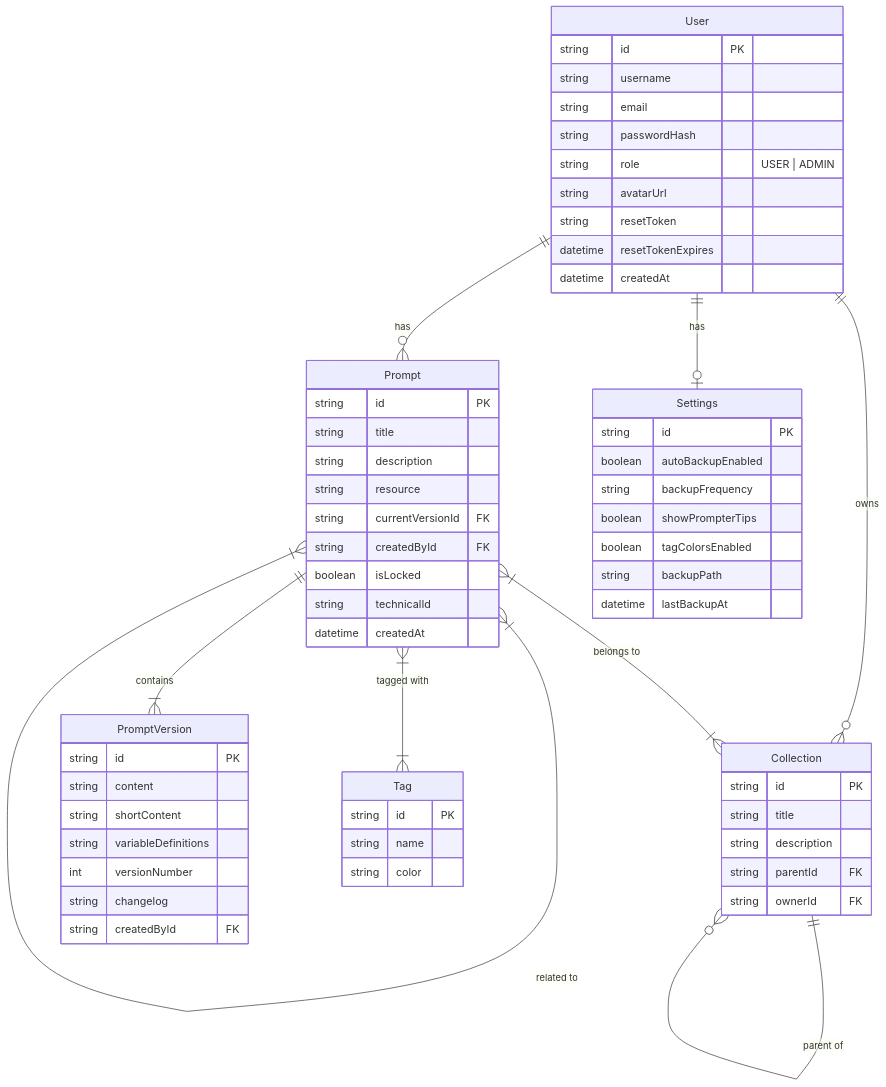
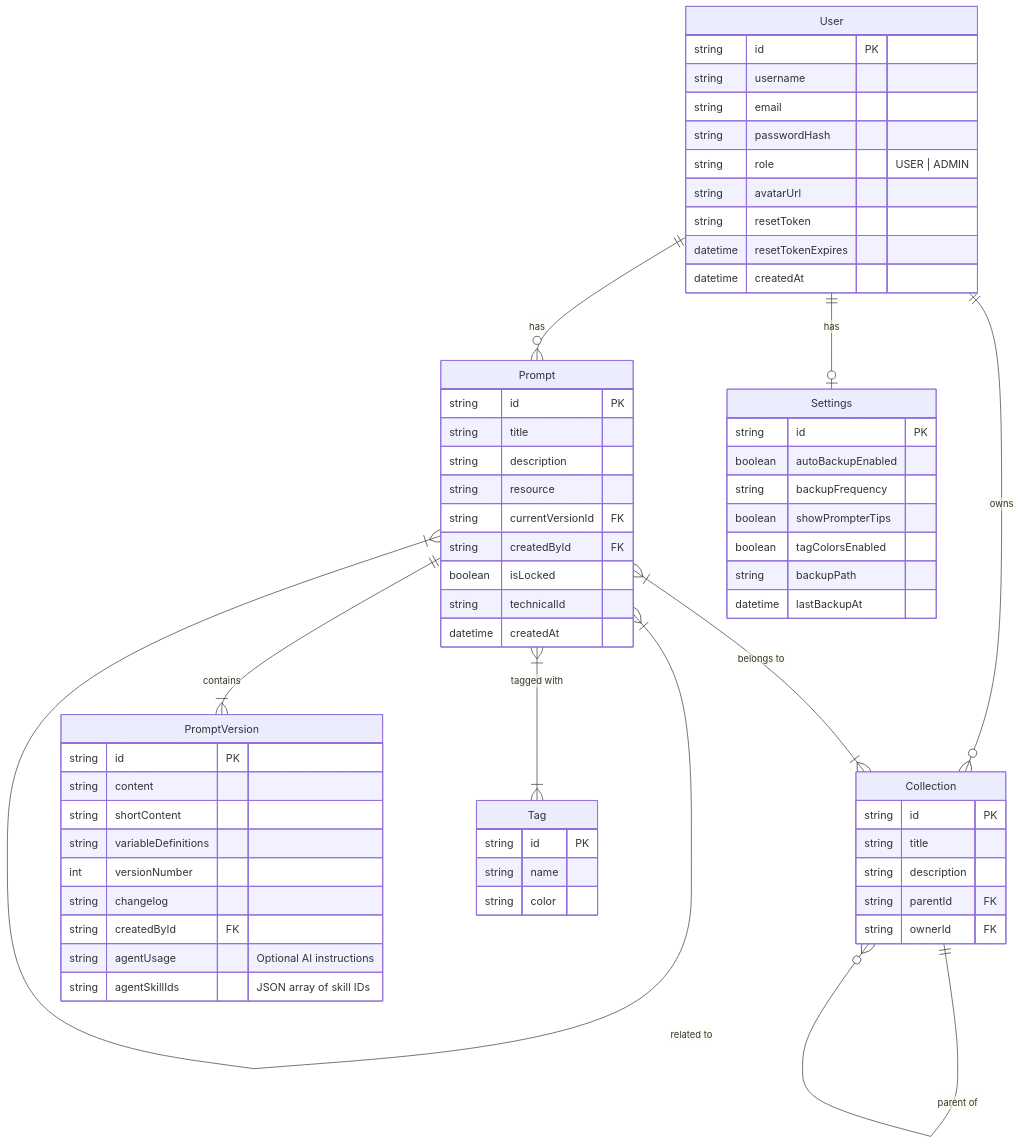
One commit to jovd83/prompthive changed the second of 3 diagrams in docs/technical/TECHNICAL_REFERENCE.md. Above: the diagram before and after it, drawn with Mermaid. The commit also changed other lines of this file and 98 other files, not shown here.

````diff
--- a/docs/technical/TECHNICAL_REFERENCE.md
+++ b/docs/technical/TECHNICAL_REFERENCE.md
@@ -47,68 +50,70 @@
 ```mermaid
 erDiagram
     User ||--o{ Prompt : has
     User ||--o{ Collection : owns
     User ||--o| Settings : has
     User {
         string id PK
         string username
         string email
         string passwordHash
         string role "USER | ADMIN"
         string avatarUrl
         string resetToken
         datetime resetTokenExpires
         datetime createdAt
     }
 
     Settings {
         string id PK
         boolean autoBackupEnabled
         string backupFrequency
         boolean showPrompterTips
         boolean tagColorsEnabled
         string backupPath
         datetime lastBackupAt
     }
-    
+
     Prompt ||--|{ PromptVersion : contains
     Prompt }|--|{ Collection : "belongs to"
     Prompt }|--|{ Tag : "tagged with"
     Prompt }|--|{ Prompt : "related to"
     Prompt {
         string id PK
         string title
         string description
         string resource
         string currentVersionId FK
         string createdById FK
         boolean isLocked
         string technicalId
         datetime createdAt
     }
 
     PromptVersion {
         string id PK
         string content
         string shortContent
         string variableDefinitions
         int versionNumber
         string changelog
         string createdById FK
+        string agentUsage "Optional AI instructions"
+        string agentSkillIds "JSON array of skill IDs"
     }
 
     Collection ||--o{ Collection : "parent of"
     Collection {
         string id PK
         string title
         string description
         string parentId FK
         string ownerId FK
     }
 
     Tag {
         string id PK
         string name
         string color
     }
 ```
````
